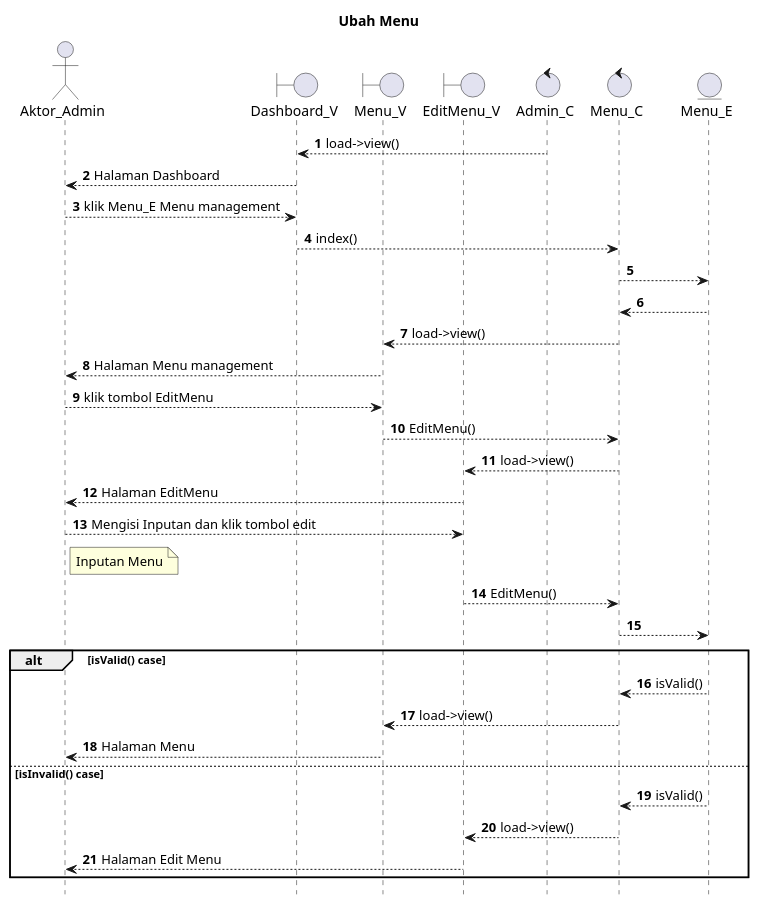
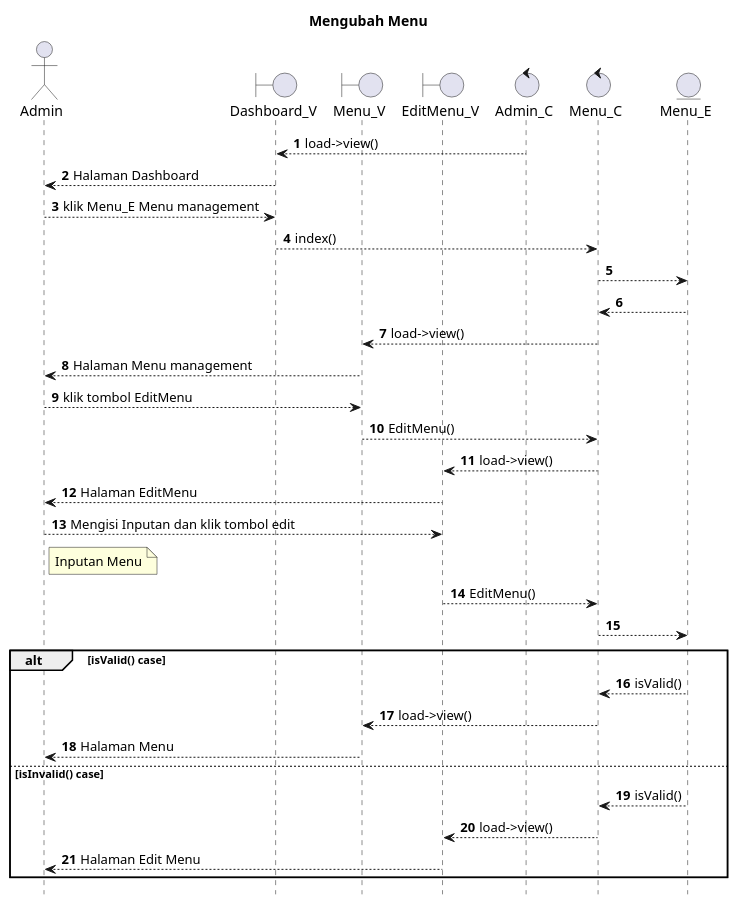
One commit to kurniado729/sistem_kp changed the diagram in SELAIN SISTEM/UML/SEQUENCE/admin/editmenu.puml. Above: the diagram before and after it, drawn with PlantUML. The commit also changed 31 other files, not shown here.

Commit message:
masukkan sequence di laporan

```diff
--- a/SELAIN SISTEM/UML/SEQUENCE/admin/editmenu.puml
+++ b/SELAIN SISTEM/UML/SEQUENCE/admin/editmenu.puml
@@ -1,50 +1,50 @@
 @startuml
 
 autonumber
 hide footbox
-title Ubah Menu
+title Mengubah Menu
 
-Actor Aktor_Admin
+Actor Admin
 boundary Dashboard_V
 boundary Menu_V
 boundary EditMenu_V
 control Admin_C
 control Menu_C
 Entity Menu_E
 
 Admin_C --> Dashboard_V: load->view()
-Dashboard_V --> Aktor_Admin: Halaman Dashboard
-Aktor_Admin --> Dashboard_V: klik Menu_E Menu management
+Dashboard_V --> Admin: Halaman Dashboard
+Admin --> Dashboard_V: klik Menu_E Menu management
 Dashboard_V --> Menu_C: index()
 Menu_C --> Menu_E:
     
     Menu_E --> Menu_C:
     Menu_C --> Menu_V: load->view()
-    Menu_V --> Aktor_Admin: Halaman Menu management
+    Menu_V --> Admin: Halaman Menu management
 
-Aktor_Admin --> Menu_V: klik tombol EditMenu
+Admin --> Menu_V: klik tombol EditMenu
 Menu_V --> Menu_C: EditMenu()
 Menu_C --> EditMenu_V: load->view()
-EditMenu_V --> Aktor_Admin: Halaman EditMenu
+EditMenu_V --> Admin: Halaman EditMenu
 
-Aktor_Admin --> EditMenu_V: Mengisi Inputan dan klik tombol edit
-    note right of Aktor_Admin
+Admin --> EditMenu_V: Mengisi Inputan dan klik tombol edit
+    note right of Admin
         Inputan Menu
             end note
 EditMenu_V --> Menu_C: EditMenu()
 Menu_C --> Menu_E:
 
 alt isValid() case
     
     Menu_E --> Menu_C: isValid()
     Menu_C --> Menu_V: load->view()
-    Menu_V --> Aktor_Admin: Halaman Menu
+    Menu_V --> Admin: Halaman Menu
 
 else isInvalid() case
     
     Menu_E --> Menu_C: isValid()
     Menu_C --> EditMenu_V: load->view()
-    EditMenu_V --> Aktor_Admin: Halaman Edit Menu
+    EditMenu_V --> Admin: Halaman Edit Menu
 
 end
 @enduml
```
